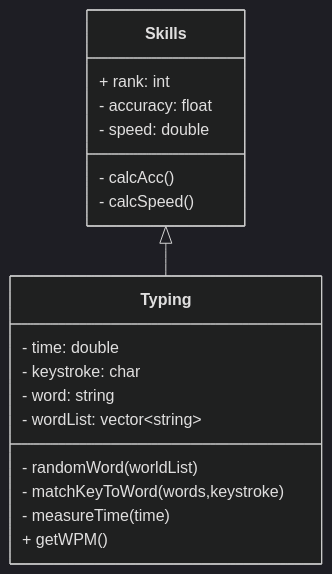
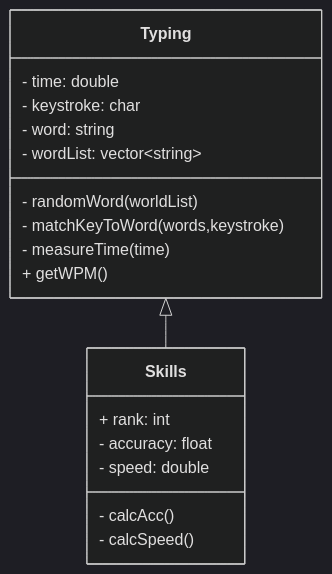
One commit to tojustis/tippitytappity-design changed the diagram in README.md. Above: the diagram before and after it, drawn with Mermaid (dark theme).

Commit message:
Reordered heirarchy

````diff
--- a/README.md
+++ b/README.md
@@ -8,22 +8,23 @@
 ```mermaid
 classDiagram
-  Skills <|-- Typing
-  class Skills{
-        + rank: int
-        - accuracy: float
-        - speed: double
-        - calcAcc()
-        - calcSpeed()
-  }
+  Typing <|-- Skills
   class Typing{
         - time: double
         - keystroke: char
         - word: string
         - wordList: vector~string~
         - randomWord(worldList)
         - matchKeyToWord(words,keystroke)
         - measureTime(time)
         + getWPM()
 
   }
+  class Skills{
+        + rank: int
+        - accuracy: float
+        - speed: double
+        - calcAcc()
+        - calcSpeed()
+  }
+
 ```
````
